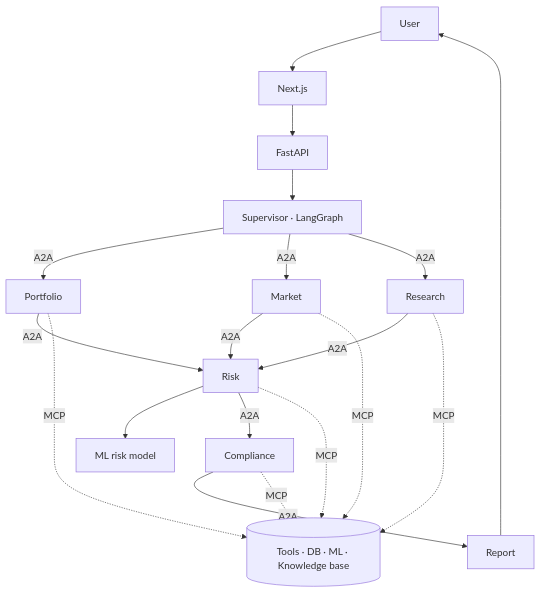
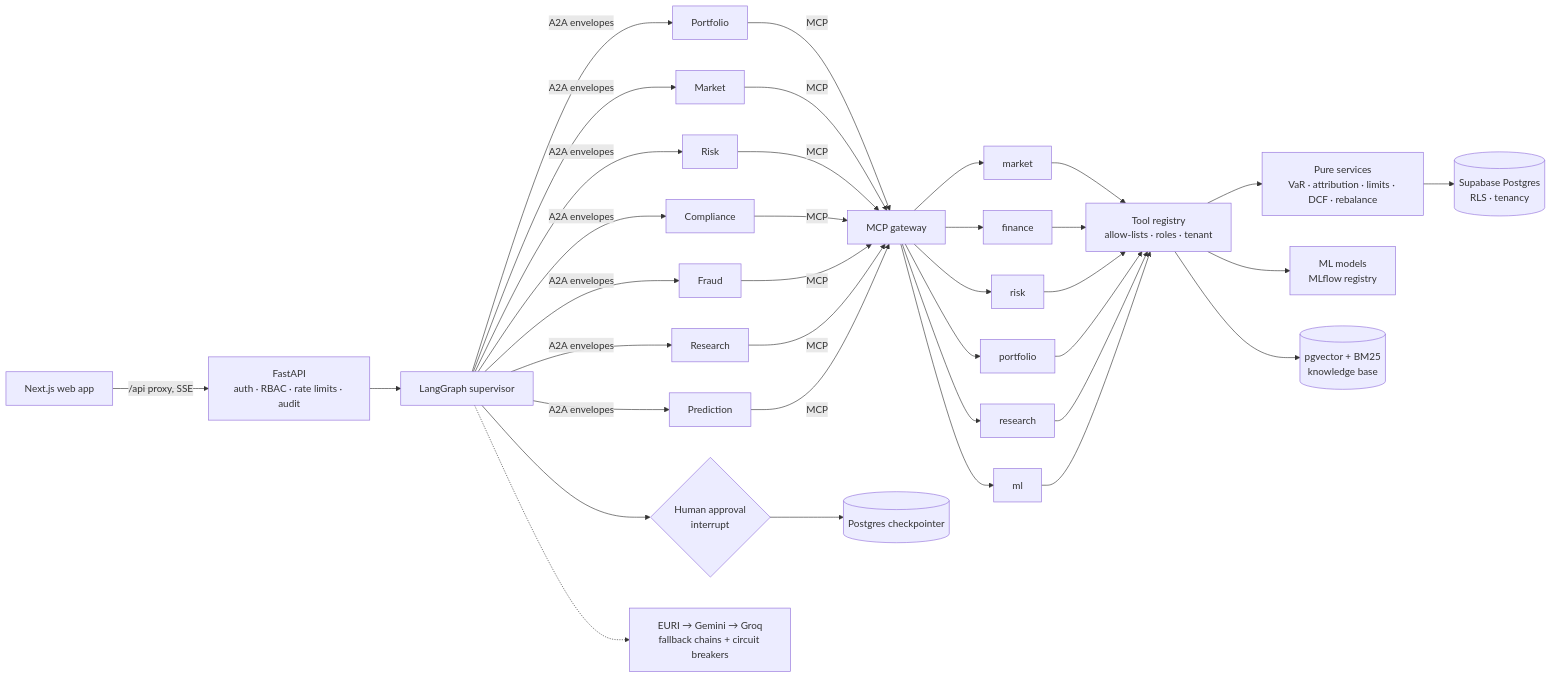
The first of 2 diagrams in 3-FinAgent-Finance-Multi-Agent-Platform/README.md (dhoraaiengineer-ai/Gen_AI_Projects), drawn with Mermaid before and after one commit. The commit also changed other lines of this file and 13 other files, not shown here.

First line of the commit message:
Project 3: README in the project 2 style, UI screenshots, MCP gateway fix

````diff
--- a/3-FinAgent-Finance-Multi-Agent-Platform/README.md
+++ b/3-FinAgent-Finance-Multi-Agent-Platform/README.md
@@ -27,11 +120,17 @@
 ```mermaid
-flowchart TB
-    U[User] --> FE[Next.js] --> API[FastAPI]
-    API --> SUP[Supervisor · LangGraph]
-    SUP -->|A2A| P[Portfolio] & M[Market] & RS[Research]
-    P & M & RS -->|A2A| R[Risk]
-    R --> ML[ML risk model]
-    R -->|A2A| C[Compliance] -->|A2A| REP[Report]
-    P & M & R & RS & C -.MCP.-> T[(Tools · DB · ML · Knowledge base)]
-    REP --> U
+flowchart LR
+    UI[Next.js web app] -->|/api proxy, SSE| API[FastAPI<br/>auth · RBAC · rate limits · audit]
+    API --> G[LangGraph supervisor]
+    G -->|A2A envelopes| P[Portfolio] & M[Market] & R[Risk] & C[Compliance] & F[Fraud] & RS[Research] & PR[Prediction]
+    P & M & R & C & F & RS & PR -->|MCP| GW[MCP gateway]
+    GW --> S1[market] & S2[finance] & S3[risk] & S4[research] & S5[portfolio] & S6[ml]
+    S1 & S2 & S3 & S5 --> T[Tool registry<br/>allow-lists · roles · tenant]
+    S4 & S6 --> T
+    T --> SV[Pure services<br/>VaR · attribution · limits · DCF · rebalance]
+    T --> ML[ML models<br/>MLflow registry]
+    T --> KB[(pgvector + BM25<br/>knowledge base)]
+    SV --> PG[(Supabase Postgres<br/>RLS · tenancy)]
+    G --> H{Human approval<br/>interrupt}
+    H --> CP[(Postgres checkpointer)]
+    G -.-> LLM[EURI → Gemini → Groq<br/>fallback chains + circuit breakers]
 ```
````
